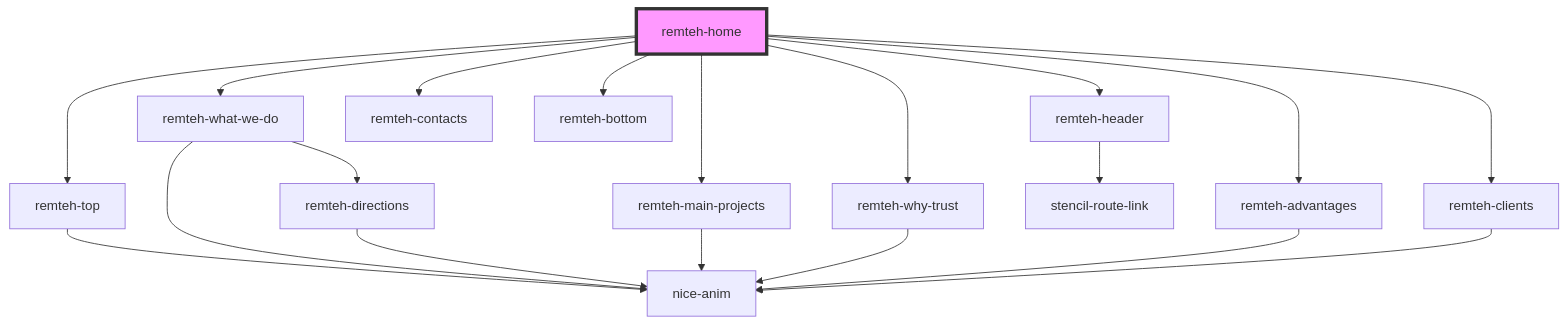
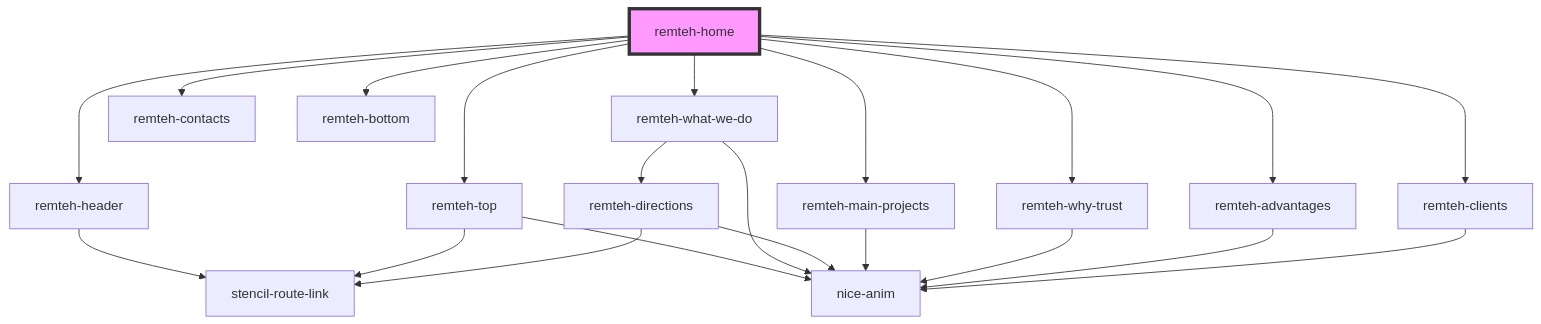
The diagram in src/components/home/readme.md (p1nta/remtehnaladka), drawn with Mermaid before and after one commit. The commit also changed 4 other files, not shown here.

````diff
--- a/src/components/home/readme.md
+++ b/src/components/home/readme.md
@@ -23,22 +23,24 @@
 ```mermaid
 graph TD;
   remteh-home --> remteh-header
   remteh-home --> remteh-top
   remteh-home --> remteh-what-we-do
   remteh-home --> remteh-main-projects
   remteh-home --> remteh-why-trust
   remteh-home --> remteh-advantages
   remteh-home --> remteh-clients
   remteh-home --> remteh-contacts
   remteh-home --> remteh-bottom
   remteh-header --> stencil-route-link
   remteh-top --> nice-anim
+  remteh-top --> stencil-route-link
   remteh-what-we-do --> remteh-directions
   remteh-what-we-do --> nice-anim
+  remteh-directions --> stencil-route-link
   remteh-directions --> nice-anim
   remteh-main-projects --> nice-anim
   remteh-why-trust --> nice-anim
   remteh-advantages --> nice-anim
   remteh-clients --> nice-anim
   style remteh-home fill:#f9f,stroke:#333,stroke-width:4px
 ```
````
